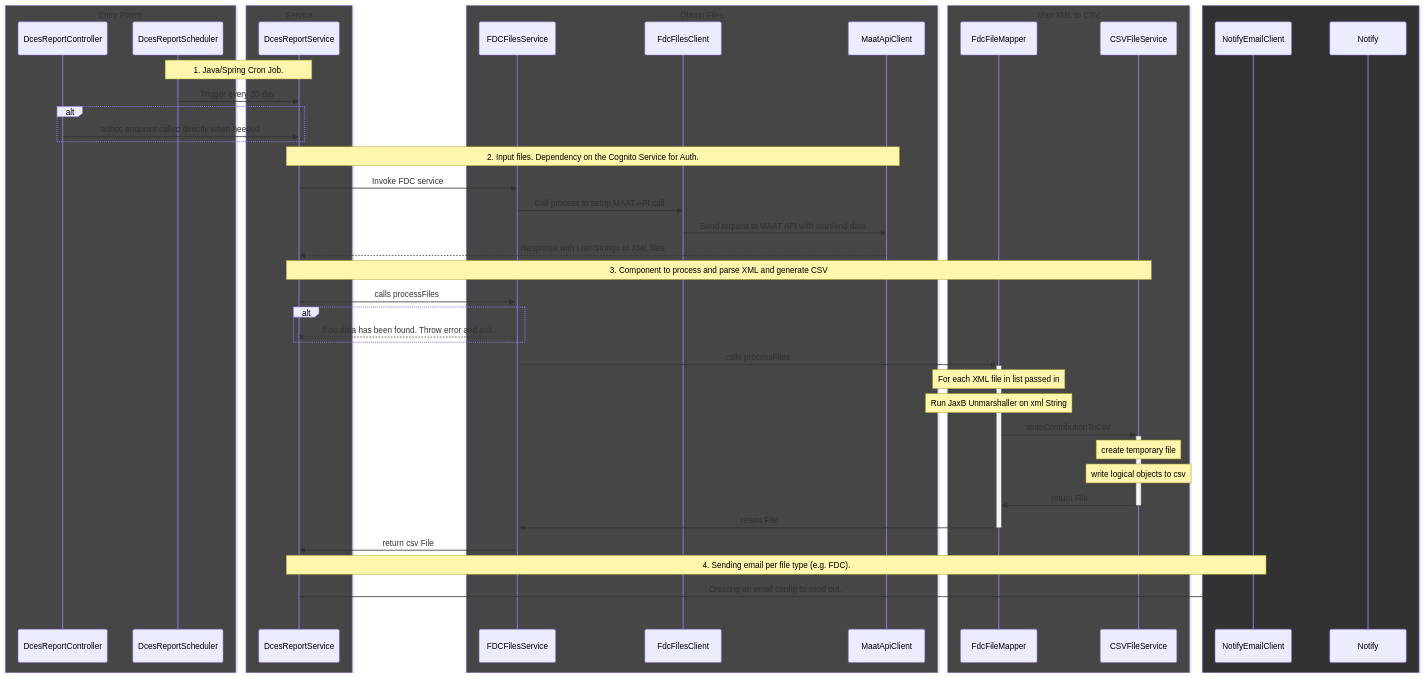
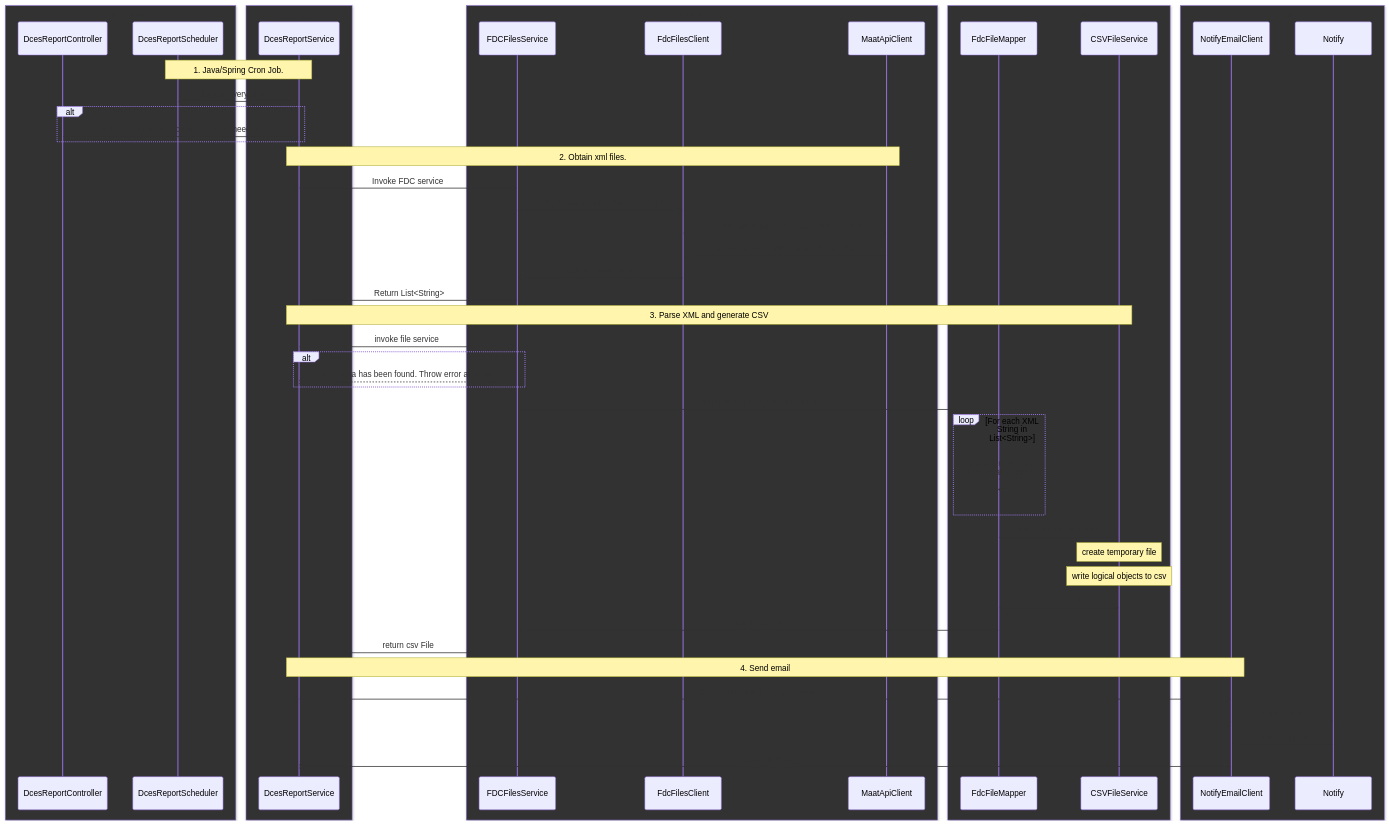
One commit to ministryofjustice/laa-dces-report-service changed the diagram in dces-report-service/docs/fdc_process_overview.md. Above: the diagram before and after it, drawn with Mermaid.

Commit message:
Updating diagram with better details.

````diff
--- a/dces-report-service/docs/fdc_process_overview.md
+++ b/dces-report-service/docs/fdc_process_overview.md
@@ -1,70 +1,74 @@
 ```mermaid
 sequenceDiagram
 
-    box rgb(70,70,70) Entry Points
+    box rgb(50,50,50) Entry Points
     participant DcesReportController
     participant DcesReportScheduler
     end
 
-    box rgb(70,70,70) Service
+    box rgb(50,50,50) Service
     participant DcesReportService
     end
 
 
-    box rgb(70,70,70) Obtain Files
+    box rgb(50,50,50) Obtain Files
     participant FDCFilesService
     participant FdcFilesClient
     participant MaatApiClient
     end
 
-    box rgb(70,70,70) Map XML to CSV
+    box rgb(50,50,50) Map XML to CSV
     participant FdcFileMapper
     participant CSVFileService
     end
     
     
 
     box rgb(50,50,50) Email
         participant NotifyEmailClient
         participant Notify
     end
 
 Note over DcesReportScheduler ,DcesReportService: 1. Java/Spring Cron Job.
         DcesReportScheduler->>DcesReportService: Trigger every 30-day  
         alt 
             DcesReportController->>DcesReportService:  adhoc endpoint called directly when needed
         end
-        Note over DcesReportService ,MaatApiClient: 2. Input files. Dependency on the Cognito Service for Auth.
+        Note over DcesReportService ,MaatApiClient: 2. Obtain xml files.
         DcesReportService->>FDCFilesService: Invoke FDC service
         
         FDCFilesService->>FdcFilesClient: Call process to setup MAAT API call
         FdcFilesClient->>MaatApiClient: Send request to MAAT API with start/end date.
-        MaatApiClient-->>DcesReportService: Response with List<String> of XML files.
+        MaatApiClient->>FdcFilesClient: Response with List<String> of XML files.
+        FdcFilesClient->>FDCFilesService: Return List<String>
+        FDCFilesService->>DcesReportService: Return List<String>
 
-Note over DcesReportService, CSVFileService : 3. Component to process and parse XML and generate CSV
+Note over DcesReportService, CSVFileService : 3. Parse XML and generate CSV
 
 
-        DcesReportService->>+FDCFilesService: calls processFiles
+        DcesReportService->>+FDCFilesService: invoke file service
         
         alt
             FDCFilesService--xDcesReportService :  If no data has been found. Throw error and exit.
         end
-    FDCFilesService->>+FdcFileMapper: calls processFiles
+        FDCFilesService->>FdcFileMapper: Pass List<String>, for processing
         
-        Note over FdcFileMapper : For each XML file in list passed in
-        Note over FdcFileMapper :Run JaxB Unmarshaller on xml String
-        FdcFileMapper->>+CSVFileService: writeContributionToCsv
+        loop For each XML String in List<String>
+            FdcFileMapper->>FdcFileMapper: Run JaxB to map XML <br> to Logical Objects
+        end
+
+        FdcFileMapper->>CSVFileService: writeContributionToCsv
         Note over CSVFileService: create temporary file
         Note over CSVFileService: write logical objects to csv
-        CSVFileService->>-FdcFileMapper: return File
-        FdcFileMapper->>-FDCFilesService: return File
+        CSVFileService->>FdcFileMapper: return csv File
+        FdcFileMapper->>FDCFilesService: return csv File
+        FDCFilesService ->> DcesReportService: return csv File
 
-    
-    FDCFilesService ->> DcesReportService: return csv File
-
-    Note over DcesReportService, NotifyEmailClient: 4. Sending email per file type (e.g. FDC).
+    Note over DcesReportService, NotifyEmailClient: 4. Send email
     DcesReportService->>NotifyEmailClient: Creating an email config to send out.
-    NotifyEmailClient->>Notify: Processing the Email.
+    NotifyEmailClient->>Notify: Send Email.
+    Notify->>NotifyEmailClient: Email Success
+    NotifyEmailClient-xDcesReportService: Return success
     
 
 ```
````
